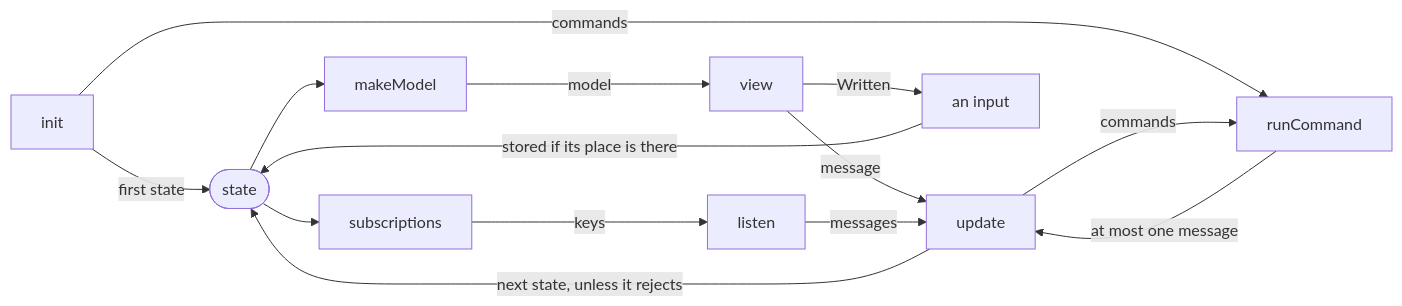
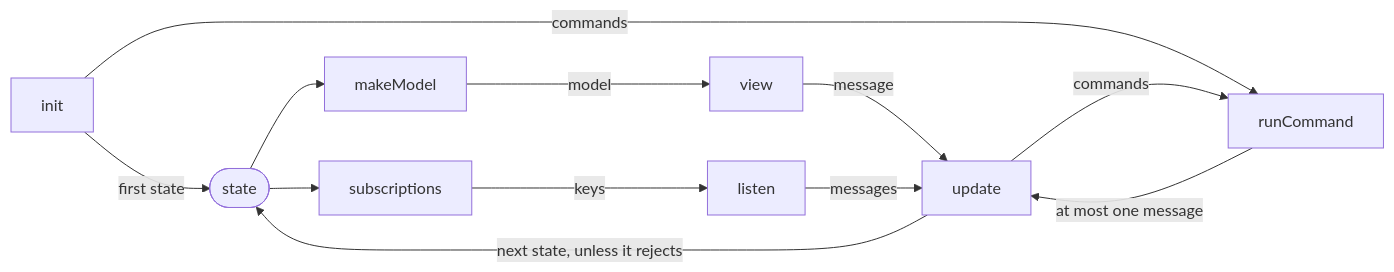
The diagram in site/guide/anatomy-of-a-program.md (fgaudo/effect-tea), drawn with Mermaid before and after one commit. The commit also changed other lines of this file and 79 other files, not shown here.

````diff
--- a/site/guide/anatomy-of-a-program.md
+++ b/site/guide/anatomy-of-a-program.md
@@ -29,16 +29,14 @@
 ```mermaid
 flowchart LR
   init -->|first state| state([state])
   init -->|commands| runCommand
   update -->|next state, unless it rejects| state
   update -->|commands| runCommand
   runCommand -->|at most one message| update
   state --> makeModel
   makeModel -->|model| view
   view -->|message| update
-  view -->|Written| input[an input]
-  input -->|stored if its place is there| state
   state --> subscriptions
   subscriptions -->|keys| listen
   listen -->|messages| update
 ```
````
